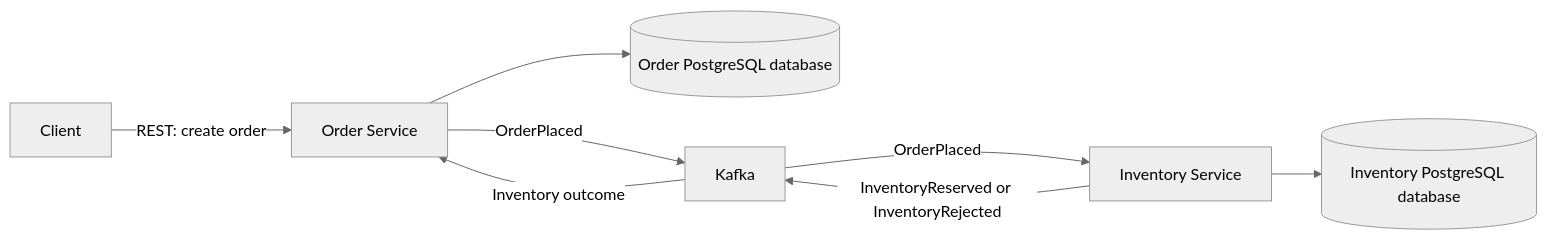
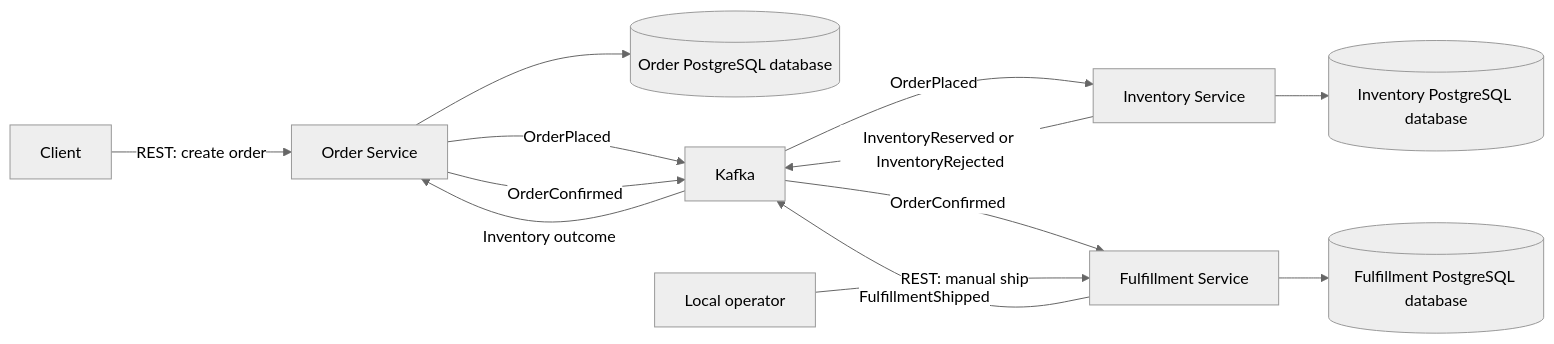
Before and after one commit to PantelisZara/Warexis: the diagram in README.md, drawn with Mermaid (neutral theme). The commit also changed other lines of this file and 12 other files, not shown here.

Commit message:
feat(workflow): verify three-service fulfillment recovery

````diff
--- a/README.md
+++ b/README.md
@@ -19,10 +21,15 @@
 ```mermaid
 flowchart LR
     Client["Client"] -->|"REST: create order"| Order["Order Service"]
     Order --> OrderDB[("Order PostgreSQL database")]
     Order -->|"OrderPlaced"| Kafka["Kafka"]
     Kafka -->|"OrderPlaced"| Inventory["Inventory Service"]
     Inventory --> InventoryDB[("Inventory PostgreSQL database")]
     Inventory -->|"InventoryReserved or InventoryRejected"| Kafka
     Kafka -->|"Inventory outcome"| Order
+    Order -->|"OrderConfirmed"| Kafka
+    Kafka -->|"OrderConfirmed"| Fulfillment["Fulfillment Service"]
+    Fulfillment --> FulfillmentDB[("Fulfillment PostgreSQL database")]
+    Operator["Local operator"] -->|"REST: manual ship"| Fulfillment
+    Fulfillment -->|"FulfillmentShipped"| Kafka
 ```
````
